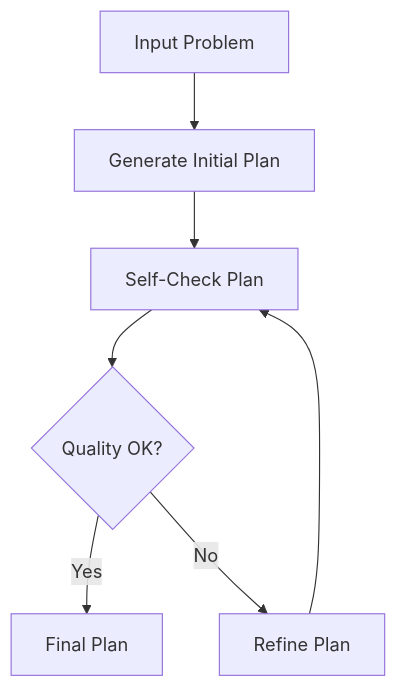
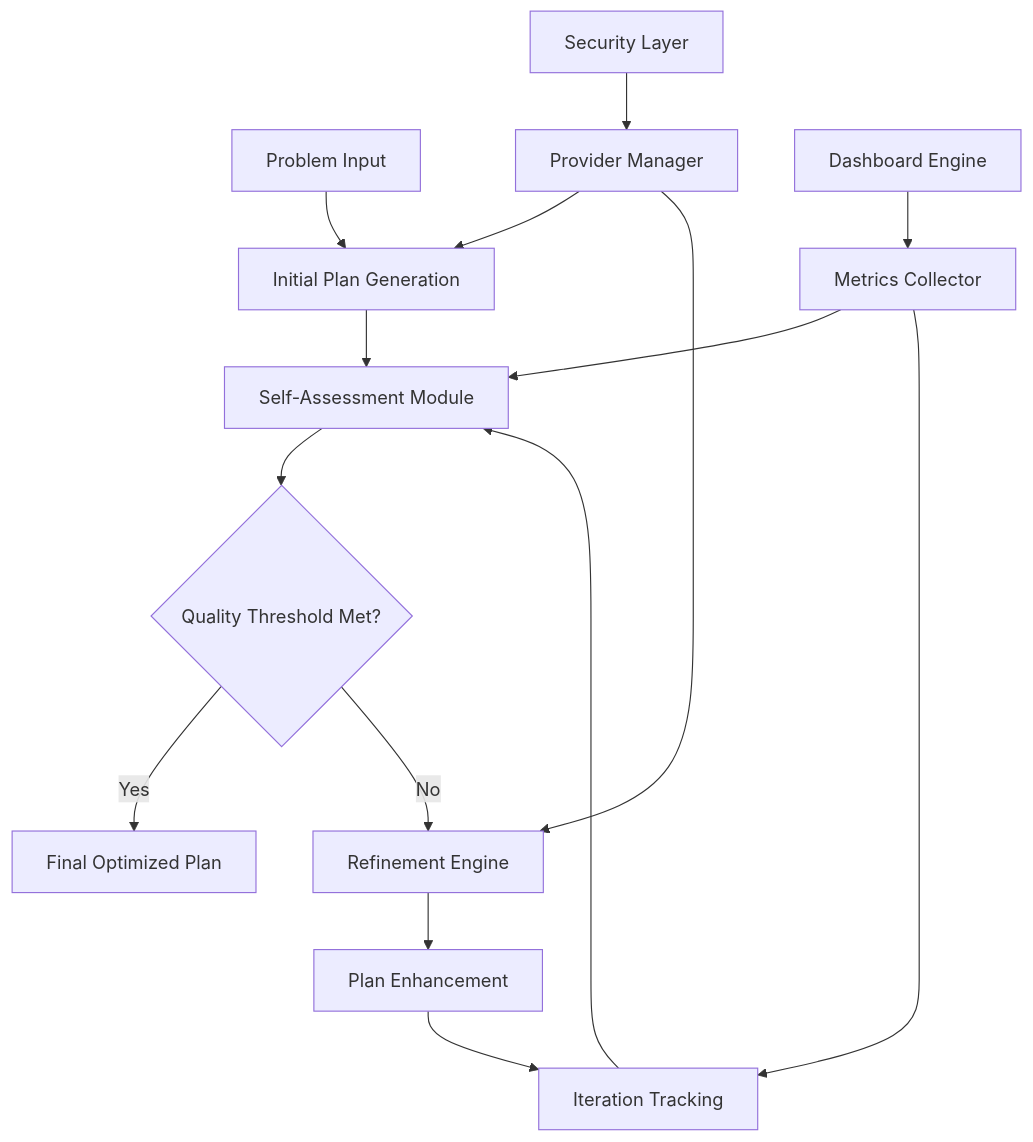
Before and after one commit to moelhaj996/SRLP: the diagram in README.md, drawn with Mermaid. The commit also changed other lines of this file, not shown here.

````diff
--- a/README.md
+++ b/README.md
@@ -9,9 +28,18 @@
 ```mermaid
 graph TD
-    A[Input Problem] --> B[Generate Initial Plan]
-    B --> C[Self-Check Plan]
-    C --> D{Quality OK?}
-    D -->|Yes| E[Final Plan]
-    D -->|No| F[Refine Plan]
-    F --> C
+    A[Problem Input] --> B[Initial Plan Generation]
+    B --> C[Self-Assessment Module]
+    C --> D{Quality Threshold Met?}
+    D -->|Yes| E[Final Optimized Plan]
+    D -->|No| F[Refinement Engine]
+    F --> G[Plan Enhancement]
+    G --> H[Iteration Tracking]
+    H --> C
+    
+    I[Provider Manager] --> B
+    I --> F
+    J[Metrics Collector] --> C
+    J --> H
+    K[Security Layer] --> I
+    L[Dashboard Engine] --> J
 ```
````
